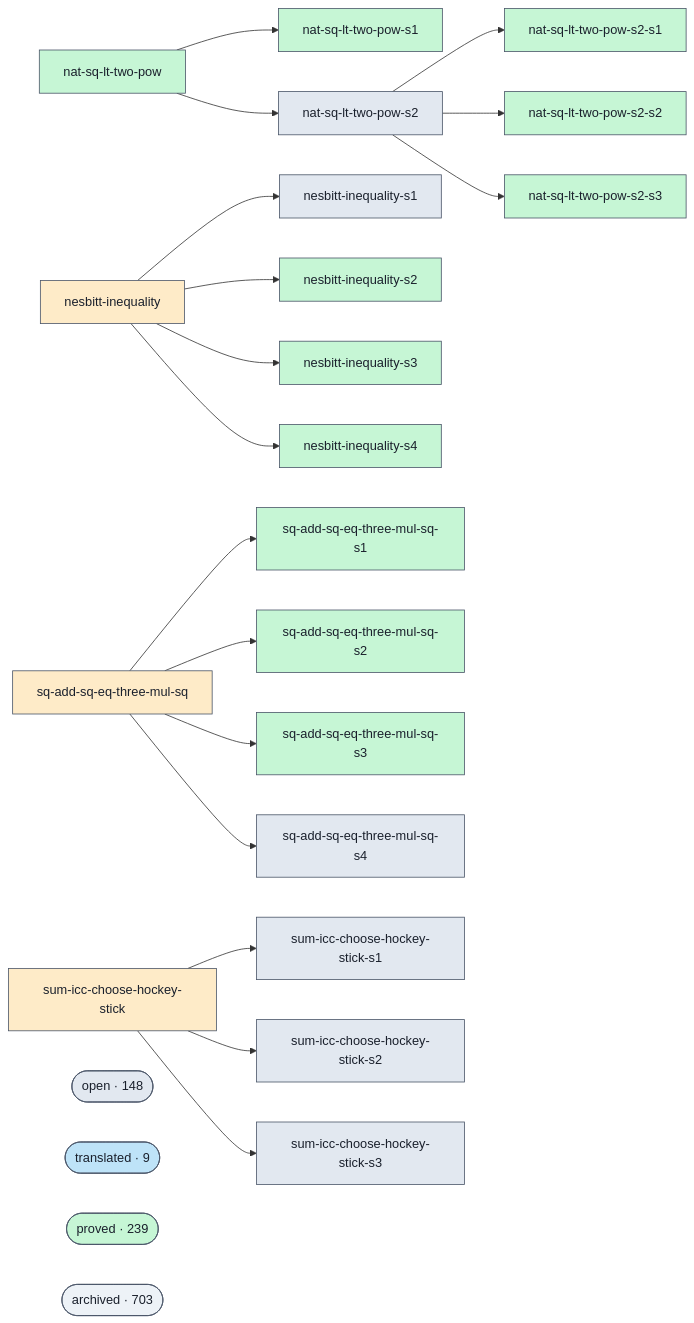
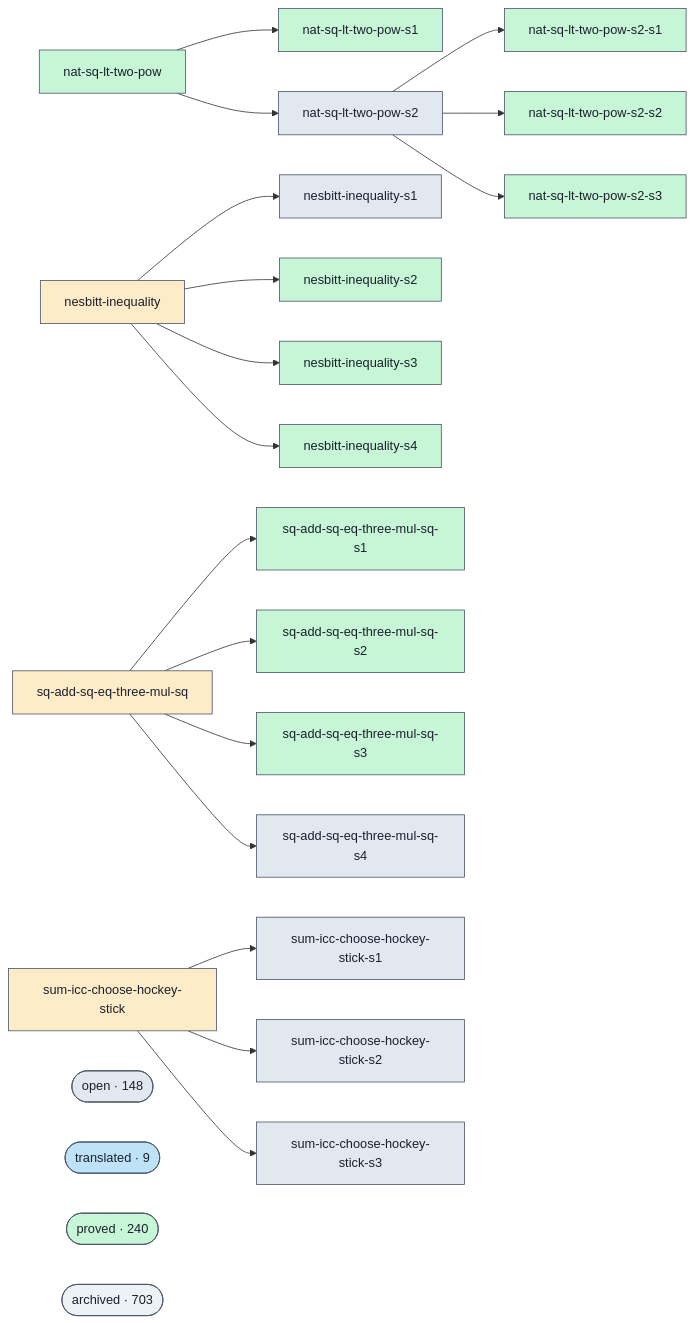
The diagram in docs/proofs-contributors-visualisation.md (ohdearquant/unsorry), drawn with Mermaid before and after one commit. The commit also changed other lines of this file and 2 other files, not shown here.

```diff
--- a/docs/proofs-contributors-visualisation.md
+++ b/docs/proofs-contributors-visualisation.md
@@ -102,7 +102,7 @@
   class cluster_open open;
   cluster_translated(["translated · 9"])
   class cluster_translated translated;
-  cluster_proved(["proved · 239"])
+  cluster_proved(["proved · 240"])
   class cluster_proved proved;
   cluster_archived(["archived · 703"])
   class cluster_archived unknown;
```
